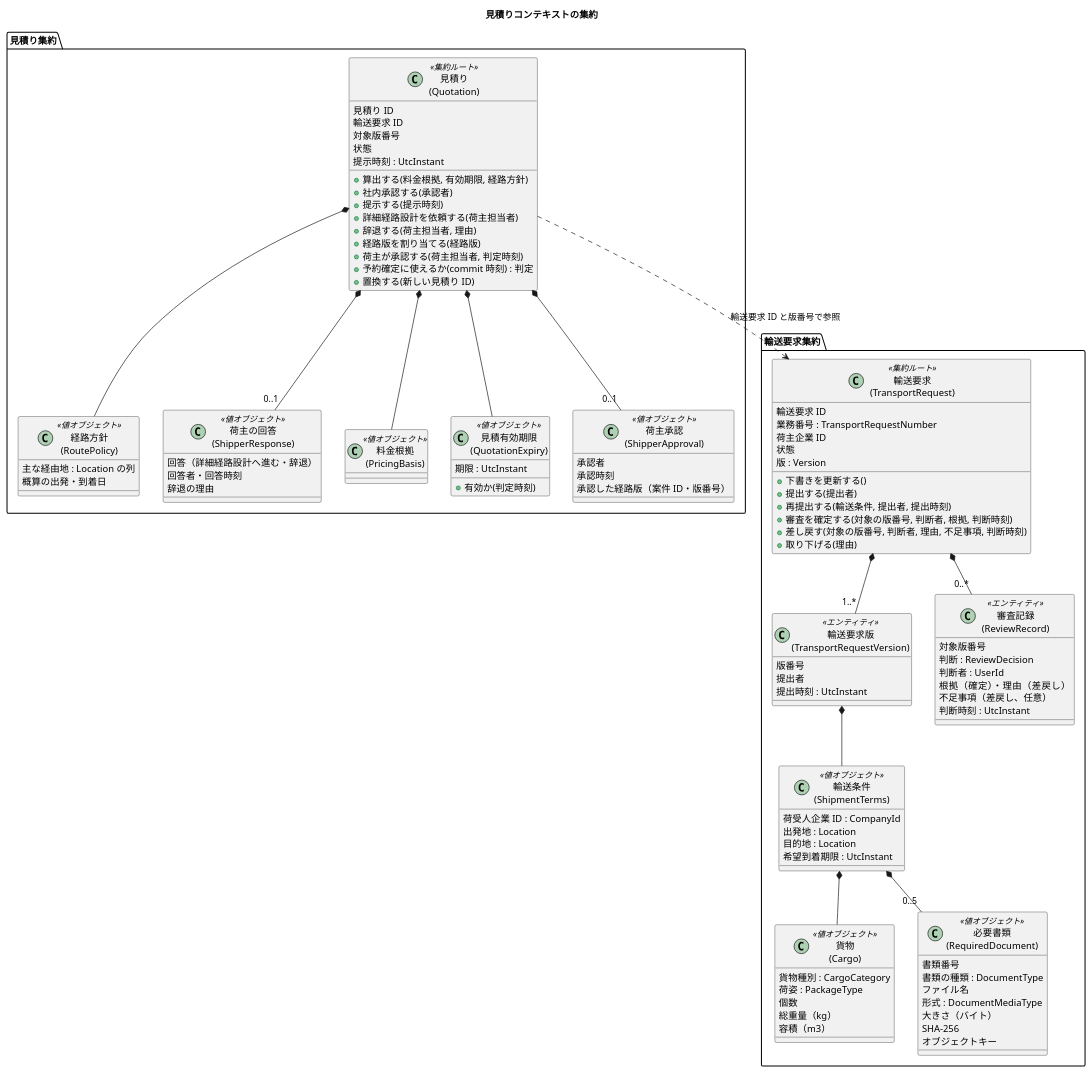
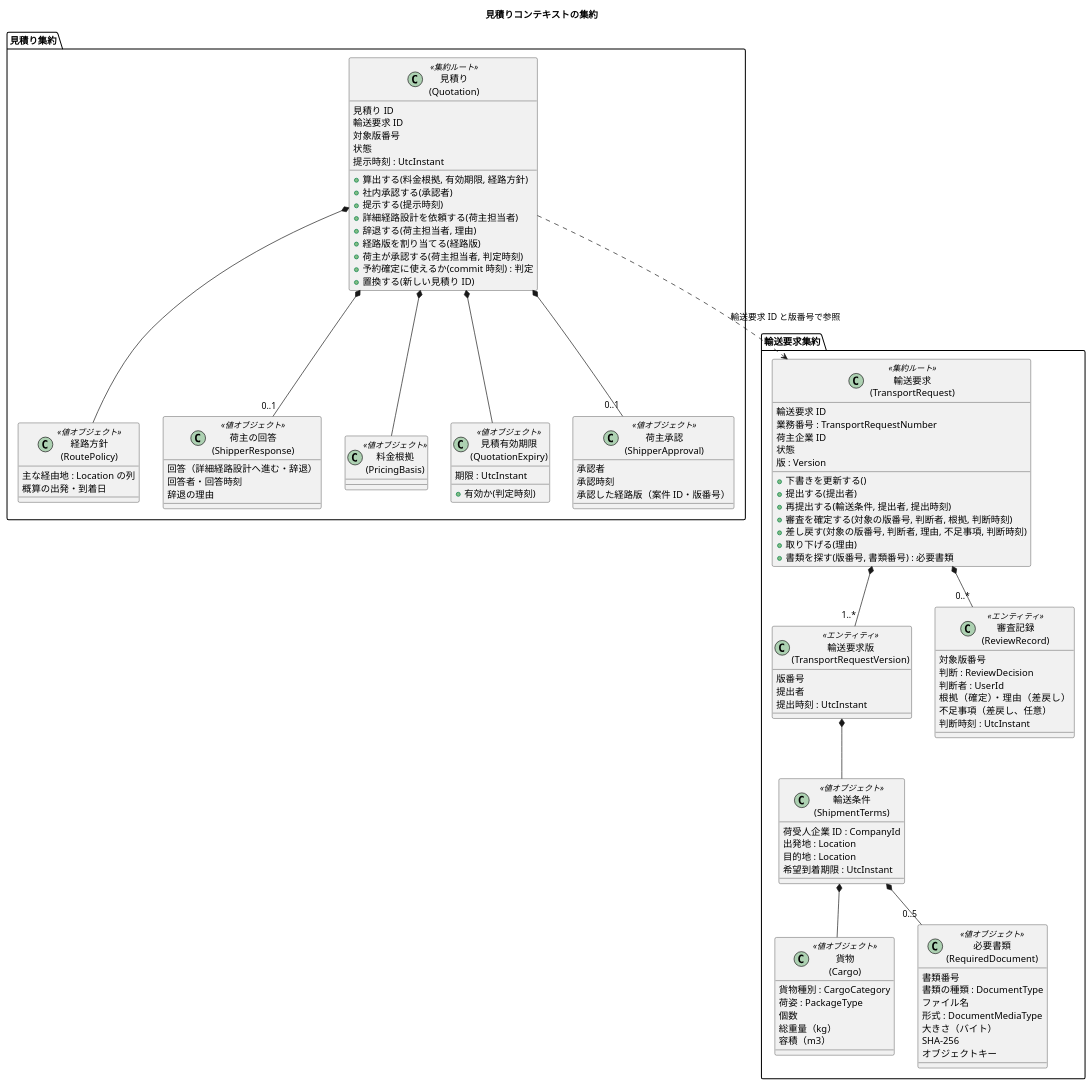
The third of 15 diagrams in docs/design/cargo-tracker/domain_model.md (k2works/practical-domain-driven-design-in-enterpris-application), drawn with PlantUML before and after one commit. The commit also changed other lines of this file and 13 other files, not shown here.

```diff
--- a/docs/design/cargo-tracker/domain_model.md
+++ b/docs/design/cargo-tracker/domain_model.md
@@ -224,6 +224,7 @@
     + 審査を確定する(対象の版番号, 判断者, 根拠, 判断時刻)
     + 差し戻す(対象の版番号, 判断者, 理由, 不足事項, 判断時刻)
     + 取り下げる(理由)
+    + 書類を探す(版番号, 書類番号) : 必要書類
   }
   class "輸送要求版\n(TransportRequestVersion)" as TRV <<エンティティ>> {
     版番号
```
